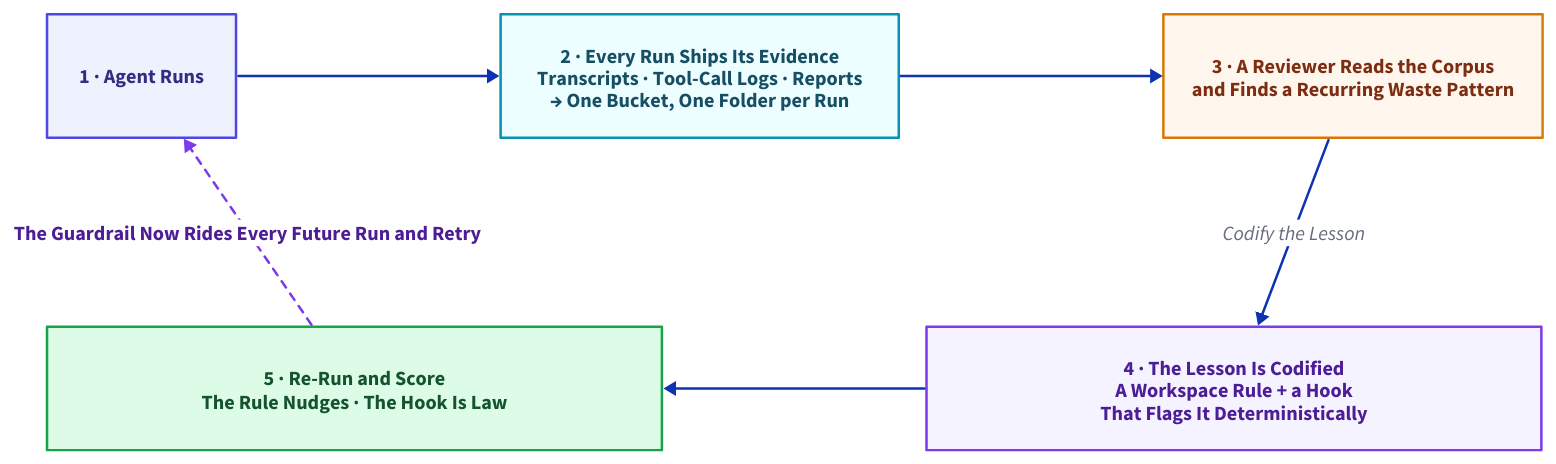
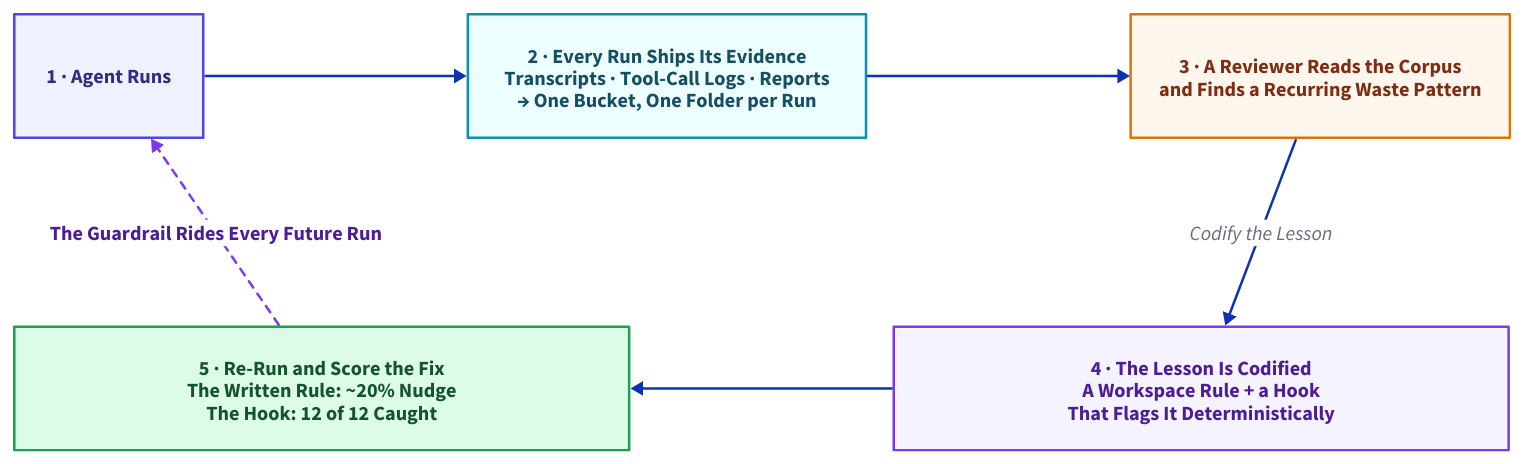
The diagram in assets/diagram-src/corpus-loop.d2 (thumarrushik/crash-proof-team-of-coding-agents), drawn with D2 before and after one commit. The commit also changed 45 other files, not shown here.

```diff
--- a/assets/diagram-src/corpus-loop.d2
+++ b/assets/diagram-src/corpus-loop.d2
@@ -1,29 +1,29 @@
 # The corpus improves the system: a closed feedback loop.
 # Laid out clockwise (1,2,3 across the top; 5,4 across the bottom) so the
 # "codify" and "guardrail" edges never cross.
 grid-rows: 2
 horizontal-gap: 210
 vertical-gap: 150
 
 runs: "1 · Agent Runs" {
   style: {fill: "#eef2ff"; stroke: "#4f46e5"; font-color: "#312e81"; bold: true}
 }
 corpus: "2 · Every Run Ships Its Evidence\nTranscripts · Tool-Call Logs · Reports\n→ One Bucket, One Folder per Run" {
   style: {fill: "#ecfeff"; stroke: "#0891b2"; font-color: "#164e63"; bold: true}
 }
 review: "3 · A Reviewer Reads the Corpus\nand Finds a Recurring Waste Pattern" {
   style: {fill: "#fff7ed"; stroke: "#d97706"; font-color: "#7c2d12"; bold: true}
 }
-measure: "5 · Re-Run and Score\nThe Rule Nudges · The Hook Is Law" {
+measure: "5 · Re-Run and Score the Fix\nThe Written Rule: ~20% Nudge\nThe Hook: 12 of 12 Caught" {
   style: {fill: "#dcfce7"; stroke: "#16a34a"; font-color: "#14532d"; bold: true}
 }
 guard: "4 · The Lesson Is Codified\nA Workspace Rule + a Hook\nThat Flags It Deterministically" {
   style: {fill: "#f5f3ff"; stroke: "#7c3aed"; font-color: "#4c1d95"; bold: true}
 }
 
 runs -> corpus -> review
 review -> guard: "Codify the Lesson"
 guard -> measure
-measure -> runs: "The Guardrail Now Rides Every Future Run and Retry" {
+measure -> runs: "The Guardrail Rides Every Future Run" {
   style: {stroke-dash: 3; stroke: "#7c3aed"; font-color: "#4c1d95"; bold: true}
 }
```
